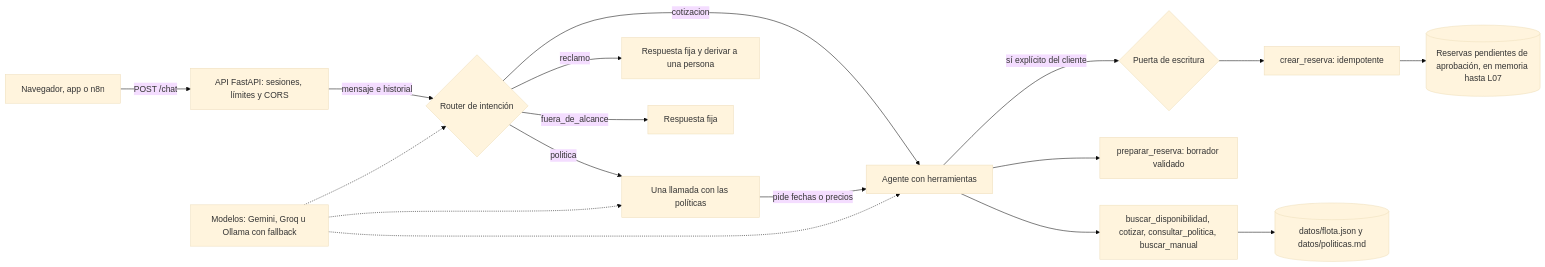
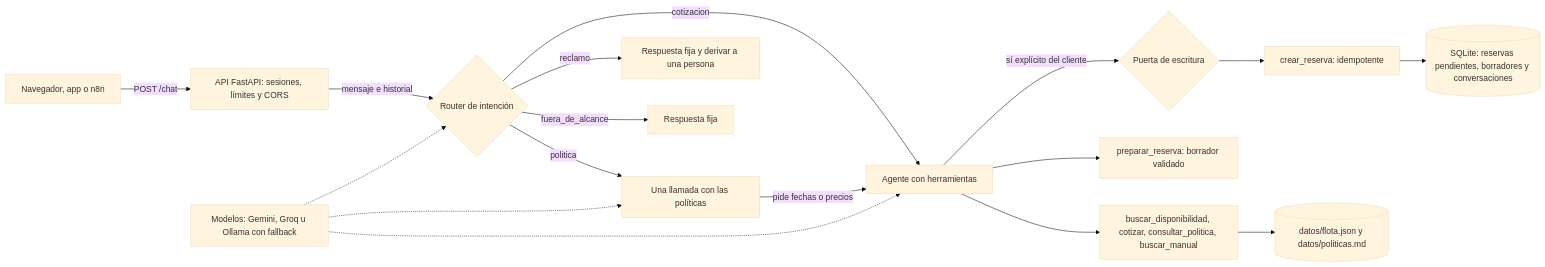
Before and after one commit to JaimeLopezGarrido/asistente-flota-mcp: the diagram in README.md, drawn with Mermaid (base theme). The commit also changed other lines of this file and 18 other files, not shown here.

````diff
--- a/README.md
+++ b/README.md
@@ -33,19 +34,19 @@
 ```mermaid
 flowchart LR
   W[Navegador, app o n8n] -->|POST /chat| API[API FastAPI: sesiones, límites y CORS]
   API -->|mensaje e historial| R{Router de intención}
   R -->|politica| P[Una llamada con las políticas]
   R -->|cotizacion| A[Agente con herramientas]
   R -->|reclamo| H[Respuesta fija y derivar a una persona]
   R -->|fuera_de_alcance| F[Respuesta fija]
   P -->|pide fechas o precios| A
   A --> T[buscar_disponibilidad, cotizar, consultar_politica, buscar_manual]
   A --> PR[preparar_reserva: borrador validado]
   A -->|sí explícito del cliente| G{Puerta de escritura}
   G --> CR[crear_reserva: idempotente]
-  CR --> RR[(Reservas pendientes de aprobación, en memoria hasta L07)]
+  CR --> RR[(SQLite: reservas pendientes, borradores y conversaciones)]
   T --> D[(datos/flota.json y datos/politicas.md)]
   M[Modelos: Gemini, Groq u Ollama con fallback] -.-> R
   M -.-> P
   M -.-> A
 ```
````
